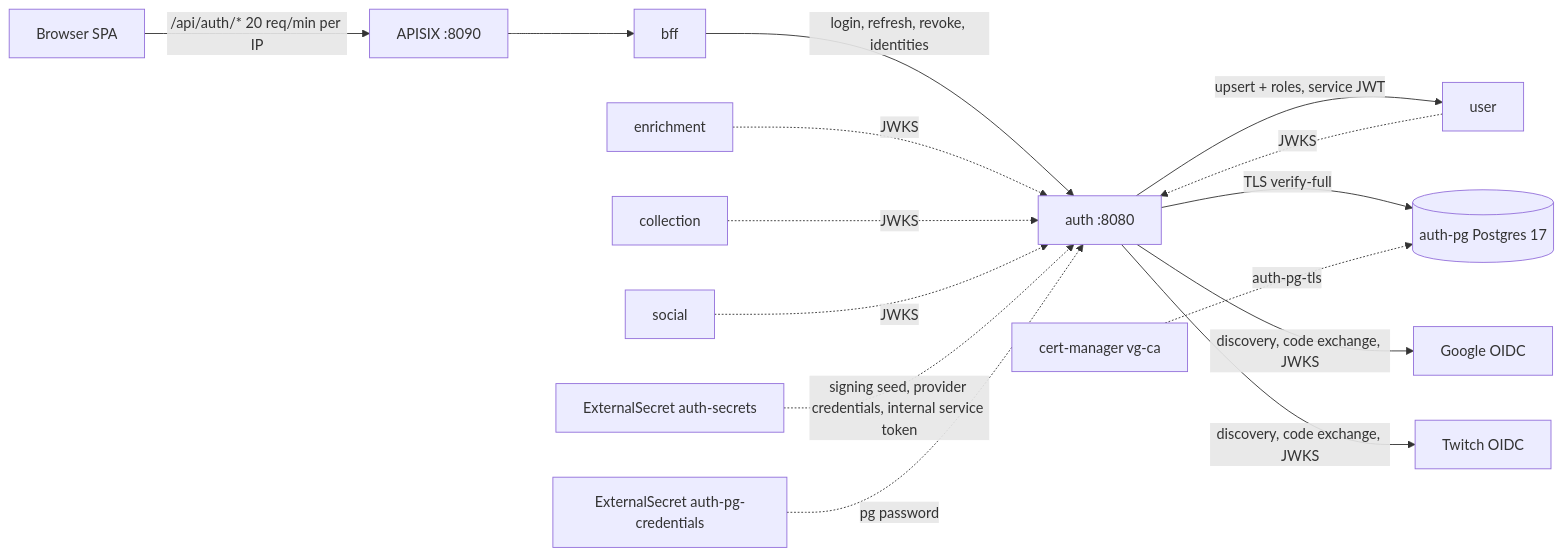
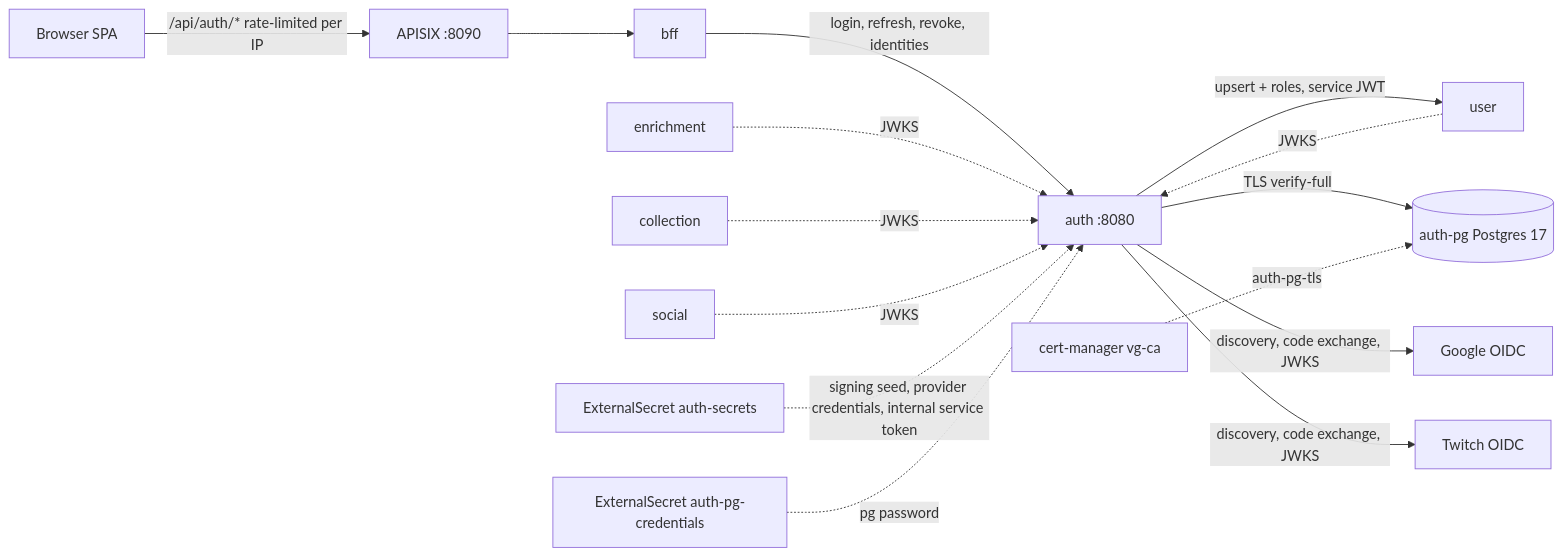
Before and after one commit to levonn-dev/vg-collect: the first of 2 diagrams in docs/runbooks/auth.md, drawn with Mermaid. The commit also changed other lines of this file and 1 other file, not shown here.

Commit message:
docs(auth): add the service README and true up the runbook JWKS and rate-limit claims

````diff
--- a/docs/runbooks/auth.md
+++ b/docs/runbooks/auth.md
@@ -61,17 +65,17 @@
 ```mermaid
 graph LR
-    browser[Browser SPA] -->|"/api/auth/* 20 req/min per IP"| apisix[APISIX :8090]
+    browser[Browser SPA] -->|"/api/auth/* rate-limited per IP"| apisix[APISIX :8090]
     apisix --> bff[bff]
     bff -->|"login, refresh, revoke, identities"| auth[auth :8080]
     user[user] -.->|"JWKS"| auth
     enrichment[enrichment] -.->|"JWKS"| auth
     collection[collection] -.->|"JWKS"| auth
     social[social] -.->|"JWKS"| auth
     auth -->|"upsert + roles, service JWT"| user
     auth -->|"TLS verify-full"| authpg[("auth-pg Postgres 17")]
     auth -->|"discovery, code exchange, JWKS"| google[Google OIDC]
     auth -->|"discovery, code exchange, JWKS"| twitch[Twitch OIDC]
     eso[ExternalSecret auth-secrets] -.->|"signing seed, provider credentials, internal service token"| auth
     esopg[ExternalSecret auth-pg-credentials] -.->|"pg password"| auth
     certmgr[cert-manager vg-ca] -.->|"auth-pg-tls"| authpg
 ```
````
